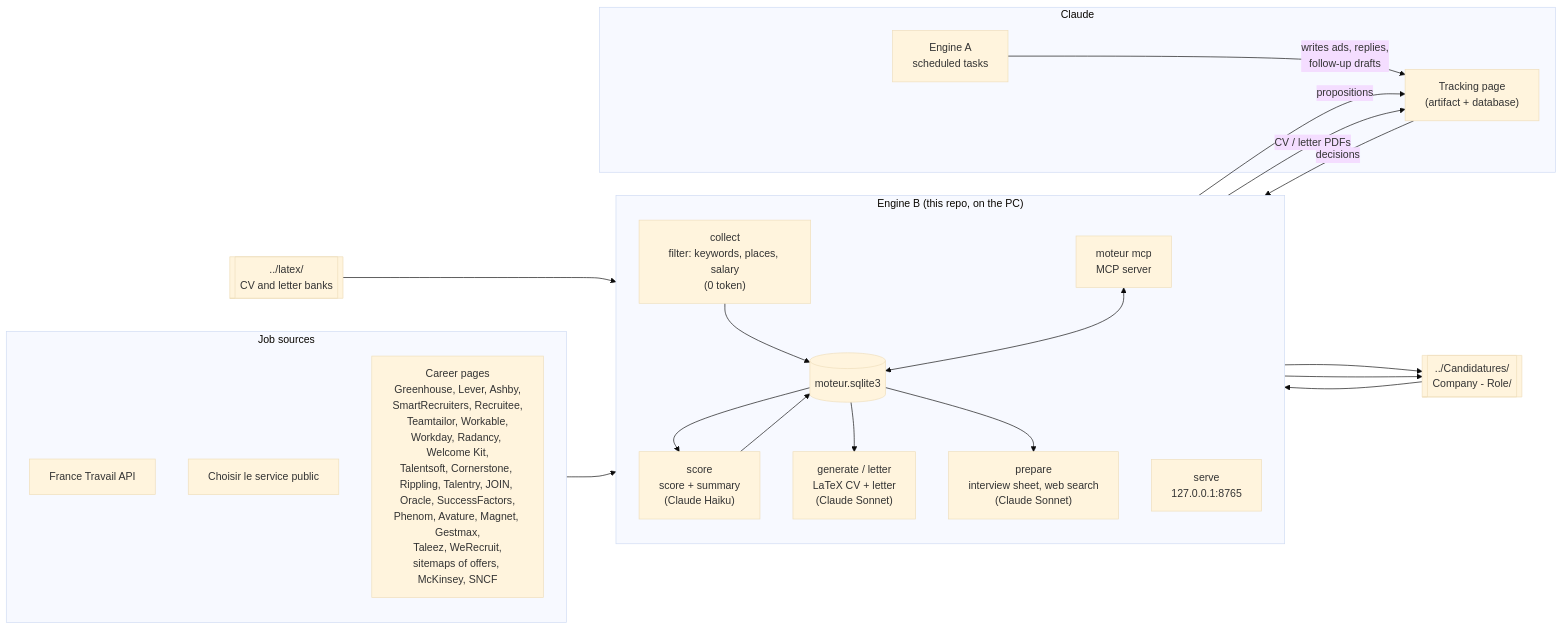
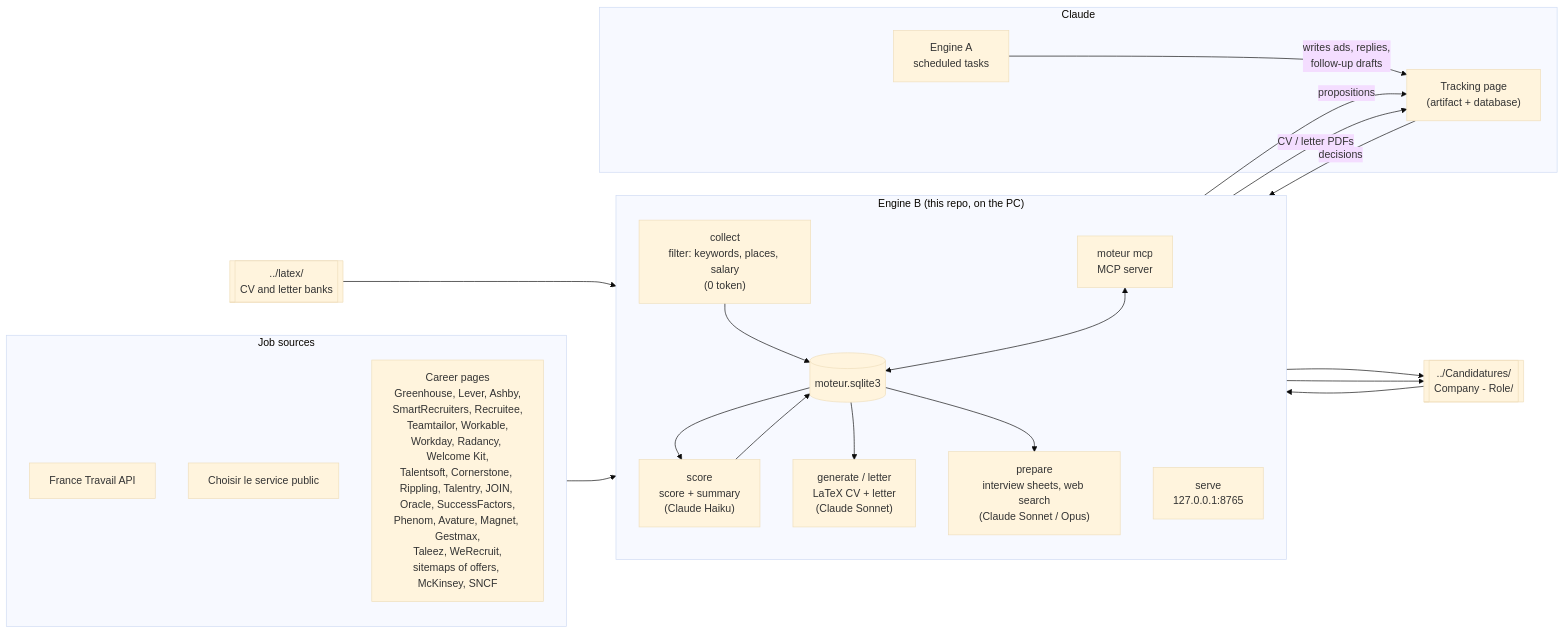
Before and after one commit to antoinebertoux/moteur-candidatures: the first of 2 diagrams in README.md, drawn with Mermaid (base theme). The commit also changed other lines of this file and 22 other files, not shown here.

First line of the commit message:
Split interview follow-up into HR and technical / manager steps, with a second, deeper preparation sheet (PREP-50 to PREP-55)

````diff
--- a/README.md
+++ b/README.md
@@ -19,41 +19,41 @@
 ```mermaid
 flowchart LR
     subgraph sources["Job sources"]
         FT["France Travail API"]
         SP["Choisir le service public"]
         ATS["Career pages<br/>Greenhouse, Lever, Ashby,<br/>SmartRecruiters, Recruitee,<br/>Teamtailor, Workable,<br/>Workday, Radancy, Welcome Kit,<br/>Talentsoft, Cornerstone, Rippling, Talentry, JOIN, Oracle, SuccessFactors,<br/>Phenom, Avature, Magnet, Gestmax,<br/>Taleez, WeRecruit,<br/>sitemaps of offers, McKinsey, SNCF"]
     end
 
     subgraph B["Engine B (this repo, on the PC)"]
         direction TB
         COL["collect<br/>filter: keywords, places, salary<br/>(0 token)"]
         DB[("moteur.sqlite3")]
         NOT["score<br/>score + summary<br/>(Claude Haiku)"]
         GEN["generate / letter<br/>LaTeX CV + letter<br/>(Claude Sonnet)"]
-        PREP["prepare<br/>interview sheet, web search<br/>(Claude Sonnet)"]
+        PREP["prepare<br/>interview sheets, web search<br/>(Claude Sonnet / Opus)"]
         MCP["moteur mcp<br/>MCP server"]
         SRV["serve<br/>127.0.0.1:8765"]
         COL --> DB --> NOT --> DB
         DB --> GEN
         DB --> PREP
         MCP <--> DB
     end
 
     subgraph claude["Claude"]
         PAGE["Tracking page<br/>(artifact + database)"]
         A["Engine A<br/>scheduled tasks"]
     end
 
     LATEX[["../latex/<br/>CV and letter banks"]]
     OUT[["../Candidatures/<br/>Company - Role/"]]
 
     sources --> COL
     LATEX --> GEN
     GEN --> OUT
     PREP --> OUT
     MCP -- "propositions" --> PAGE
     PAGE -- "decisions" --> MCP
     A -- "writes ads, replies,<br/>follow-up drafts" --> PAGE
     SRV -- "CV / letter PDFs" --> PAGE
     OUT --> SRV
 ```
````
